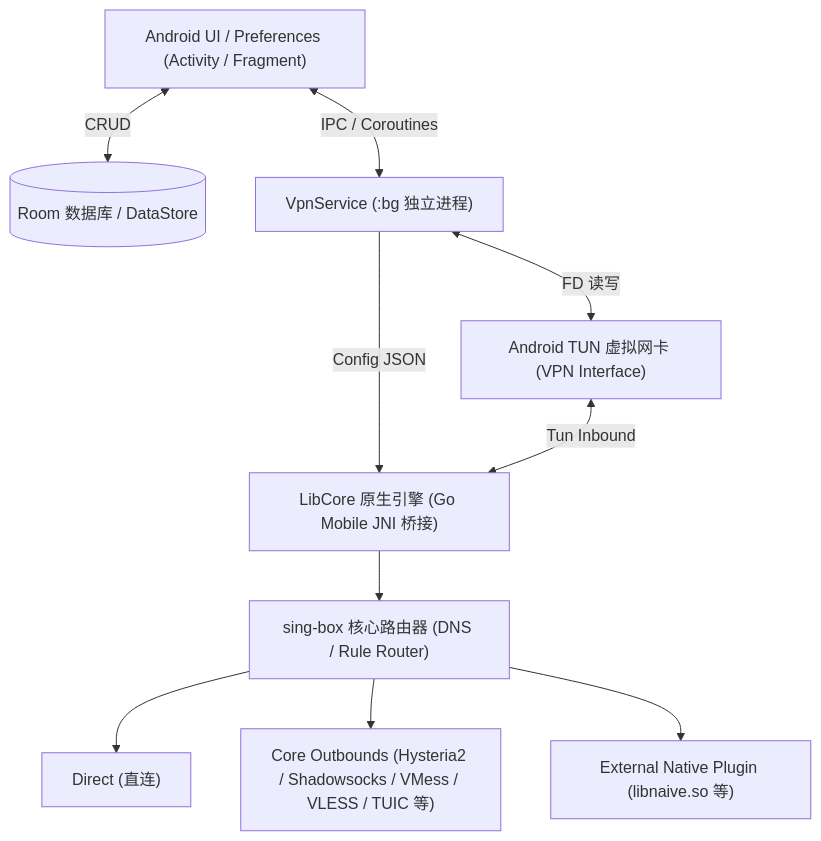
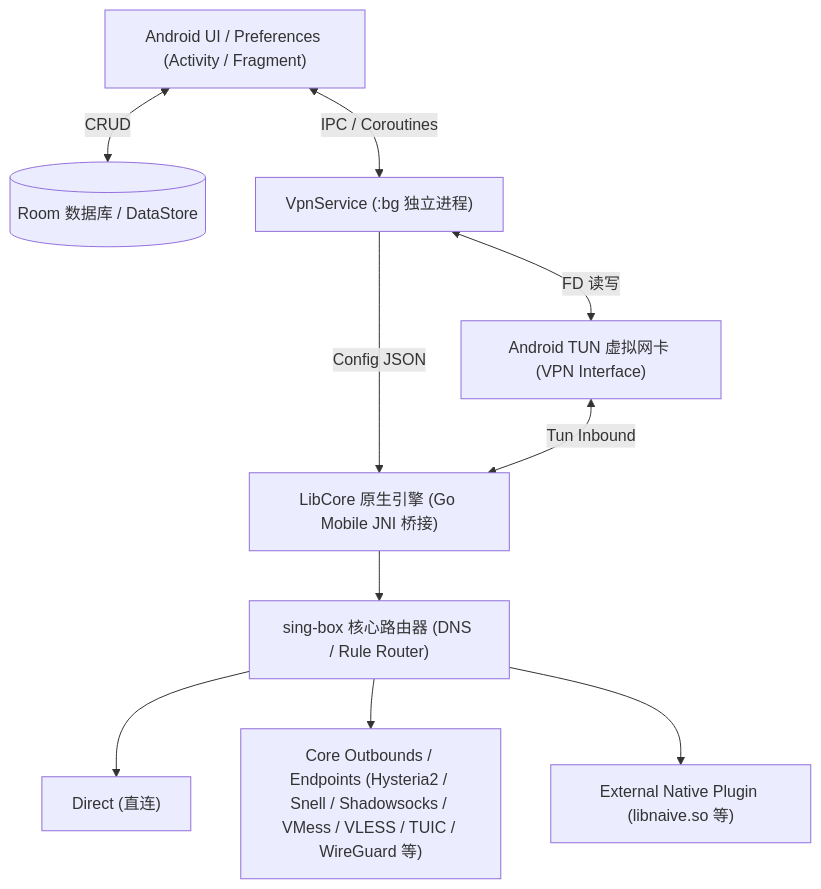
Before and after one commit to rainsmen/nekoboxi: the diagram in docs/README.md, drawn with Mermaid. The commit also changed other lines of this file and 10 other files, not shown here.

````diff
--- a/docs/README.md
+++ b/docs/README.md
@@ -23,22 +34,22 @@
 ```mermaid
 graph TD
     UI["Android UI / Preferences (Activity / Fragment)"]
     DB[("Room 数据库 / DataStore")]
     VpnSvc["VpnService (:bg 独立进程)"]
     TunDev["Android TUN 虚拟网卡 (VPN Interface)"]
     LibCore["LibCore 原生引擎 (Go Mobile JNI 桥接)"]
     SingBoxRouter["sing-box 核心路由器 (DNS / Rule Router)"]
     OutDirect["Direct (直连)"]
-    OutProxy["Core Outbounds (Hysteria2 / Shadowsocks / VMess / VLESS / TUIC 等)"]
+    OutProxy["Core Outbounds / Endpoints (Hysteria2 / Snell / Shadowsocks / VMess / VLESS / TUIC / WireGuard 等)"]
     OutPlugin["External Native Plugin (libnaive.so 等)"]
 
     UI <-->|"IPC / Coroutines"| VpnSvc
     UI <-->|"CRUD"| DB
     VpnSvc -->|"Config JSON"| LibCore
     VpnSvc <-->|"FD 读写"| TunDev
     TunDev <-->|"Tun Inbound"| LibCore
     LibCore --> SingBoxRouter
     SingBoxRouter --> OutDirect
     SingBoxRouter --> OutProxy
     SingBoxRouter --> OutPlugin
 ```
````
